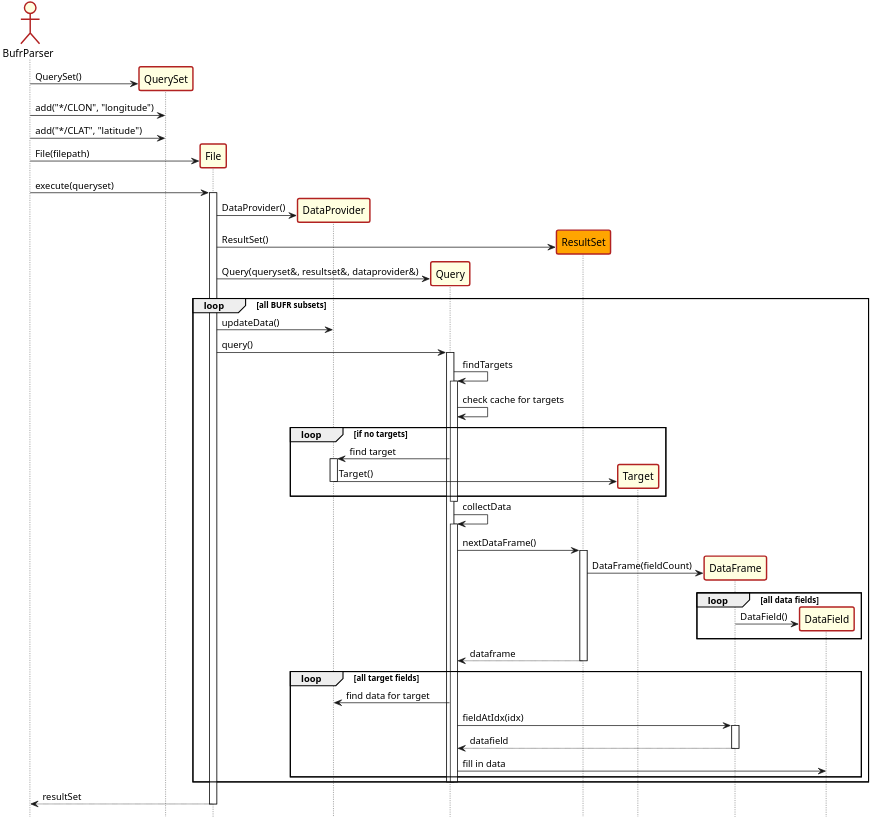
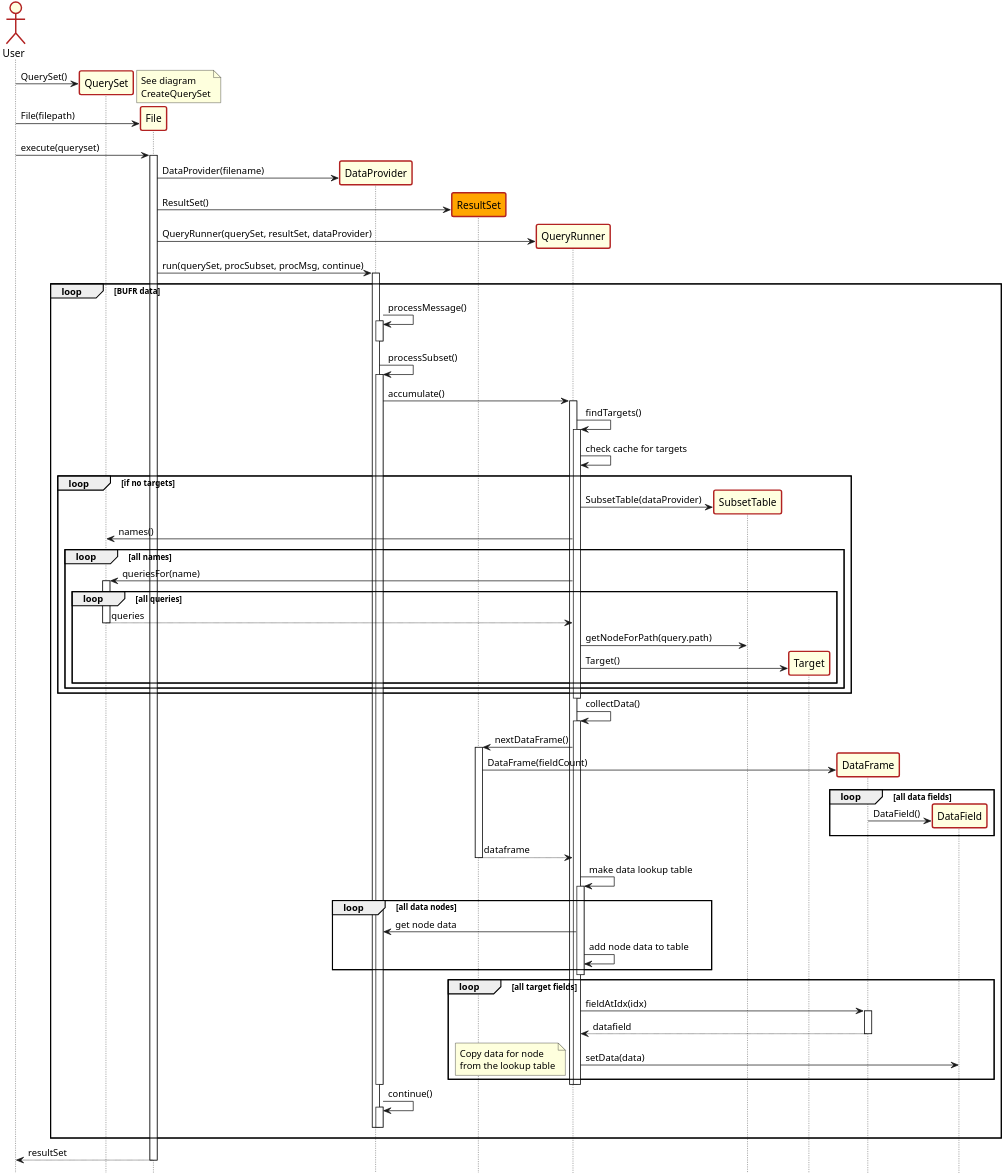
One commit to JCSDA-internal/ioda-converters changed the diagram in doc/bufr_uml/DataCollection.puml. Above: the diagram before and after it, drawn with PlantUML. The commit also changed 3 other files, not shown here.

Commit message:
updated the uml diagrams so that hopefully they are more up to date.

```diff
--- a/doc/bufr_uml/DataCollection.puml
+++ b/doc/bufr_uml/DataCollection.puml
@@ -1,99 +1,192 @@
 @startuml
 hide footbox
 skinparam dpi 300
 skinparam SequenceActorBorderThickness 2
 skinparam SequenceActorBorderColor #firebrick
 skinparam ActorBackgroundColor #lightyellow
 skinparam ParticipantBackgroundColor #lightyellow
 skinparam ParticipantBorderThickness 2
 skinparam ParticipantBorderColor #firebrick
 
-actor BufrParser
+actor User
 participant QuerySet
 participant File
 participant DataProvider
-participant Query
 participant ResultSet #orange
+participant QueryRunner
+participant SubsetTable
+
 participant Target
 participant DataFrame
 participant DataField
 
+
 create QuerySet 
-BufrParser -> QuerySet : QuerySet()
-BufrParser -> QuerySet : add("*/CLON", "longitude")
-BufrParser -> QuerySet : add("*/CLAT", "latitude")
+User -> QuerySet : QuerySet()
+note right
+    See diagram
+    CreateQuerySet
+end note
+
+create File
+User -> File : File(filepath)
+User -> File : execute(queryset)
+
+activate File
 
 
-create File
-BufrParser -> File : File(filepath)
-
-BufrParser -> File : execute(queryset)
-
-activate File
 create DataProvider
-File -> DataProvider : DataProvider()
+File -> DataProvider : DataProvider(filename)
 
 create ResultSet
 File -> ResultSet : ResultSet()
 
-create Query
-File -> Query : Query(queryset&, resultset&, dataprovider&)
+create QueryRunner
+File -> QueryRunner : QueryRunner(querySet, resultSet, dataProvider)
+
+File -> DataProvider : run(querySet, procSubset, procMsg, continue)
+activate DataProvider
+
+loop BUFR data
+    DataProvider -> DataProvider : processMessage()
+    activate DataProvider
+    deactivate DataProvider
+
+    DataProvider -> DataProvider : processSubset()
+        activate DataProvider
+
+        DataProvider -> QueryRunner : accumulate()
+        activate QueryRunner
+            QueryRunner -> QueryRunner : findTargets()
+            activate QueryRunner
+                QueryRunner -> QueryRunner : check cache for targets
+
+                loop if no targets
+                    create SubsetTable
+                    QueryRunner -> SubsetTable : SubsetTable(dataProvider)
+                    QueryRunner -> QuerySet : names()
+                    loop all names
+
+                        QueryRunner -> QuerySet : queriesFor(name)
+                        loop all queries
+                            activate QuerySet
+                                QuerySet --> QueryRunner : queries
+                            deactivate QuerySet
+                            QueryRunner -> SubsetTable : getNodeForPath(query.path)
+
+                            create Target
+                            QueryRunner -> Target : Target()
+                        end loop
+                    end loop
+                end loop
+
+            deactivate QueryRunner
+
+            QueryRunner -> QueryRunner : collectData()
+            activate QueryRunner
+                QueryRunner -> ResultSet : nextDataFrame()
+                activate ResultSet
+                    create DataFrame
+                    ResultSet -> DataFrame : DataFrame(fieldCount)
+
+                    create DataField
+                    loop all data fields
+                        DataFrame -> DataField : DataField()
+                    end
+                    ResultSet --> QueryRunner : dataframe
+                deactivate ResultSet
+
+                QueryRunner -> QueryRunner : make data lookup table
+                activate QueryRunner
+                    loop all data nodes
+                        QueryRunner -> DataProvider : get node data
+                        QueryRunner -> QueryRunner : add node data to table
+                    end
+                deactivate QueryRunner
+
+                loop all target fields
 
 
-loop all BUFR subsets
-	File -> DataProvider : updateData()
-	File -> Query : query()
+                    QueryRunner -> DataFrame : fieldAtIdx(idx)
+                    activate DataFrame
+                        DataFrame --> QueryRunner : datafield
+                    deactivate DataFrame
 
-	activate Query
+                    QueryRunner -> DataField : setData(data)
+                    note left
+                        Copy data for node
+                        from the lookup table
+                    end note
+                end
+            deactivate QueryRunner
+        deactivate QueryRunner
 
-	Query -> Query : findTargets
+    deactivate DataProvider
 
-	activate Query
-	Query -> Query : check cache for targets
-	
-	loop if no targets
-		Query -> DataProvider : find target
-		activate DataProvider
-		create Target
-		DataProvider -> Target : Target()
-		deactivate DataProvider
-	end
-	deactivate Query
+    DataProvider -> DataProvider : continue()
+    activate DataProvider
+    deactivate DataProvider
 
-	Query -> Query : collectData
-	activate Query
-	Query -> ResultSet : nextDataFrame()
-	activate ResultSet
-	
-	create DataFrame
-	ResultSet -> DataFrame : DataFrame(fieldCount)
-
-	create DataField
-	loop all data fields
-		DataFrame -> DataField : DataField()
-	end
-	ResultSet --> Query : dataframe
+deactivate DataProvider
+end
 
 
-	deactivate ResultSet
 
-	loop all target fields
-		Query -> DataProvider : find data for target
-		Query -> DataFrame : fieldAtIdx(idx)
-		activate DataFrame
-		DataFrame --> Query : datafield
-		deactivate DataFrame
 
-		Query -> DataField : fill in data
-	end
+'	File -> Query : query()
+'
+'	activate Query
+'
+'	Query -> Query : findTargets
+'
+'	activate Query
+'	Query -> Query : check cache for targets
+'
+'	loop if no targets
+'		Query -> DataProvider : find target
+'		activate DataProvider
+'		create Target
+'		DataProvider -> Target : Target()
+'		deactivate DataProvider
+'	end
+'	deactivate Query
+'
+'	Query -> Query : collectData
+'	activate Query
+'	Query -> ResultSet : nextDataFrame()
+'	activate ResultSet
+'
+'	create DataFrame
+'	ResultSet -> DataFrame : DataFrame(fieldCount)
+'
+'	create DataField
+'	loop all data fields
+'		DataFrame -> DataField : DataField()
+'	end
+'	ResultSet --> Query : dataframe
+'
+'
+'	deactivate ResultSet
+'
+'	loop all target fields
+'		Query -> DataProvider : find data for target
+'		Query -> DataFrame : fieldAtIdx(idx)
+'		activate DataFrame
+'		DataFrame --> Query : datafield
+'		deactivate DataFrame
+'
+'		Query -> DataField : fill in data
+'	end
+'
+'	deactivate Query
+'
+'	deactivate Query
+'end
 
-	deactivate Query
+deactivate DataProvider
 
-	deactivate Query
-end
-
-File --> BufrParser : resultSet
+File --> User : resultSet
 
 deactivate File
 
 @enduml
```
